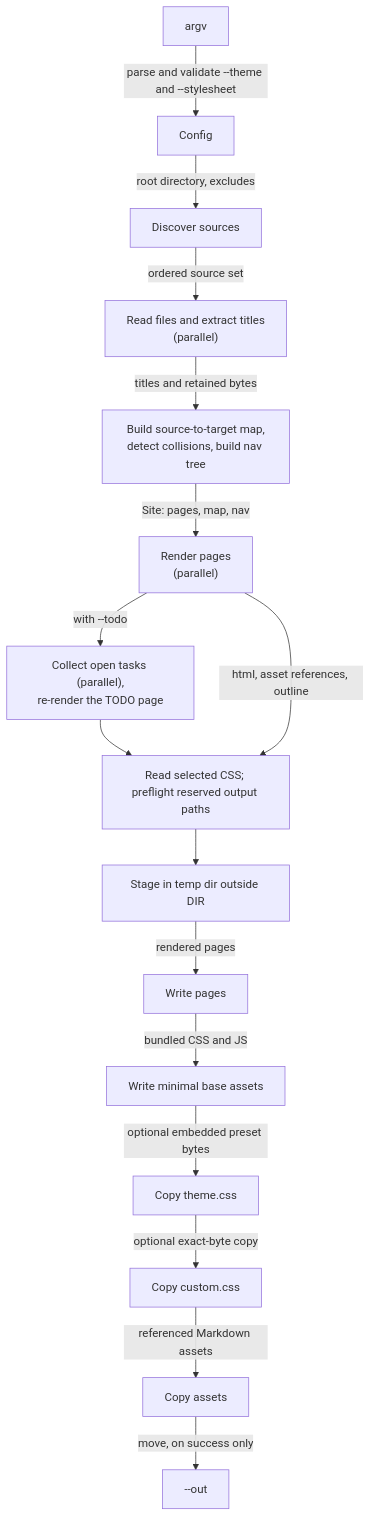
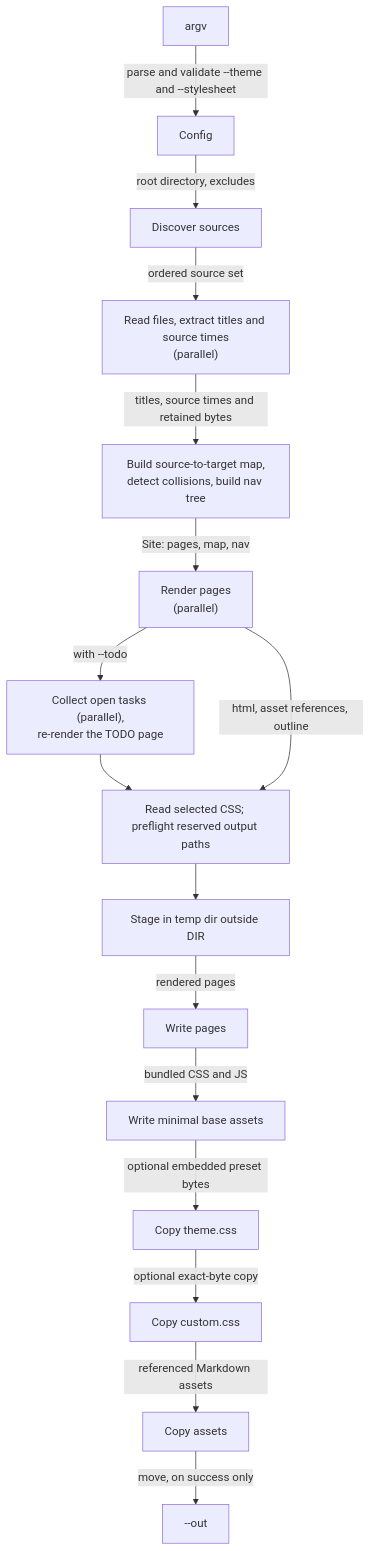
The first of 2 diagrams in docs/architecture.md (AltaraInc/ohimark), drawn with Mermaid before and after one commit. The commit also changed other lines of this file and 14 other files, not shown here.

````diff
--- a/docs/architecture.md
+++ b/docs/architecture.md
@@ -14,19 +14,19 @@
 ```mermaid
 flowchart TD
   ARGS["argv"] -->|"parse and validate --theme and --stylesheet"| CFG["Config"]
   CFG -->|"root directory, excludes"| WALK["Discover sources"]
-  WALK -->|"ordered source set"| READ["Read files and extract titles<br/>(parallel)"]
-  READ -->|"titles and retained bytes"| MAP["Build source-to-target map,<br/>detect collisions, build nav tree"]
+  WALK -->|"ordered source set"| READ["Read files, extract titles and source times<br/>(parallel)"]
+  READ -->|"titles, source times and retained bytes"| MAP["Build source-to-target map,<br/>detect collisions, build nav tree"]
   MAP -->|"Site: pages, map, nav"| REND["Render pages<br/>(parallel)"]
   REND -->|"with --todo"| TODO["Collect open tasks (parallel),<br/>re-render the TODO page"]
   TODO --> PREFLIGHT
   REND -->|"html, asset references, outline"| PREFLIGHT["Read selected CSS; preflight reserved output paths"]
   PREFLIGHT --> STAGE
   STAGE["Stage in temp dir outside DIR"]
   STAGE -->|"rendered pages"| PAGES["Write pages"]
   PAGES -->|"bundled CSS and JS"| TH["Write minimal base assets"]
   TH -->|"optional embedded preset bytes"| PRESET["Copy theme.css"]
   PRESET -->|"optional exact-byte copy"| CUSTOM["Copy custom.css"]
   CUSTOM -->|"referenced Markdown assets"| COPY["Copy assets"]
   COPY -->|"move, on success only"| OUT["--out"]
 ```
````
